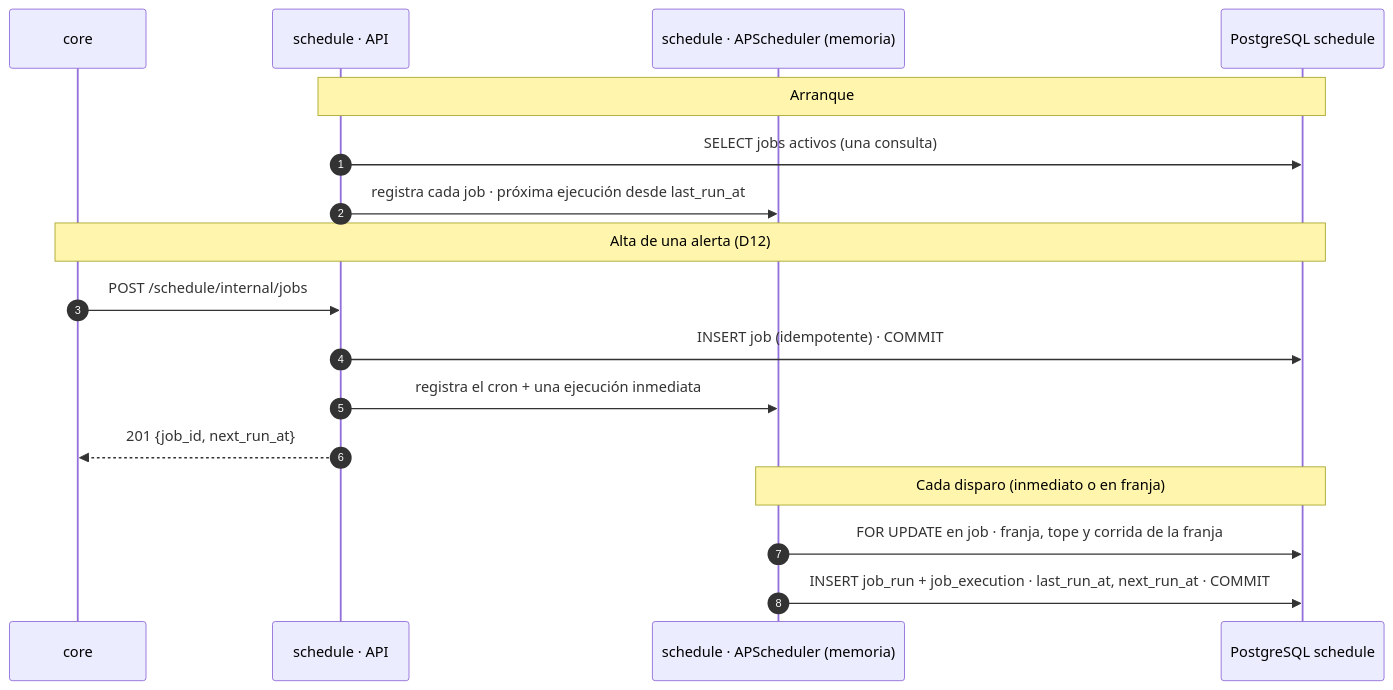
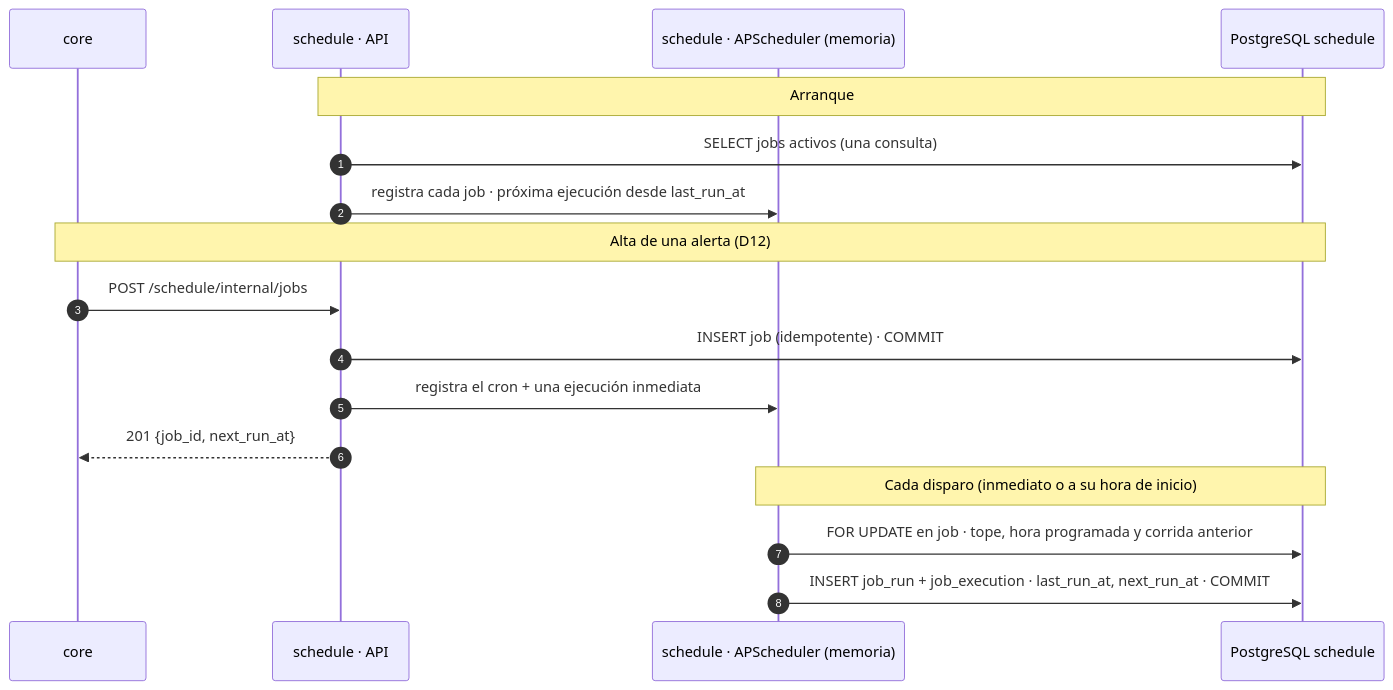
One commit to vida-I-found-it/architecture changed the diagram in docs/architecture/adr/0007-schedule-apscheduler-loaded-from-postgres.md. Above: the diagram before and after it, drawn with Mermaid. The commit also changed other lines of this file and 9 other files, not shown here.

````diff
--- a/docs/architecture/adr/0007-schedule-apscheduler-loaded-from-postgres.md
+++ b/docs/architecture/adr/0007-schedule-apscheduler-loaded-from-postgres.md
@@ -40,20 +38,20 @@
 ```mermaid
 sequenceDiagram
     autonumber
     participant CO as core
     participant API as schedule · API
     participant AP as schedule · APScheduler (memoria)
     participant DB as PostgreSQL schedule
 
     Note over API,DB: Arranque
     API->>DB: SELECT jobs activos (una consulta)
     API->>AP: registra cada job · próxima ejecución desde last_run_at
     Note over CO,DB: Alta de una alerta (D12)
     CO->>API: POST /schedule/internal/jobs
     API->>DB: INSERT job (idempotente) · COMMIT
     API->>AP: registra el cron + una ejecución inmediata
     API-->>CO: 201 {job_id, next_run_at}
-    Note over AP,DB: Cada disparo (inmediato o en franja)
-    AP->>DB: FOR UPDATE en job · franja, tope y corrida de la franja
+    Note over AP,DB: Cada disparo (inmediato o a su hora de inicio)
+    AP->>DB: FOR UPDATE en job · tope, hora programada y corrida anterior
     AP->>DB: INSERT job_run + job_execution · last_run_at, next_run_at · COMMIT
 ```
````
